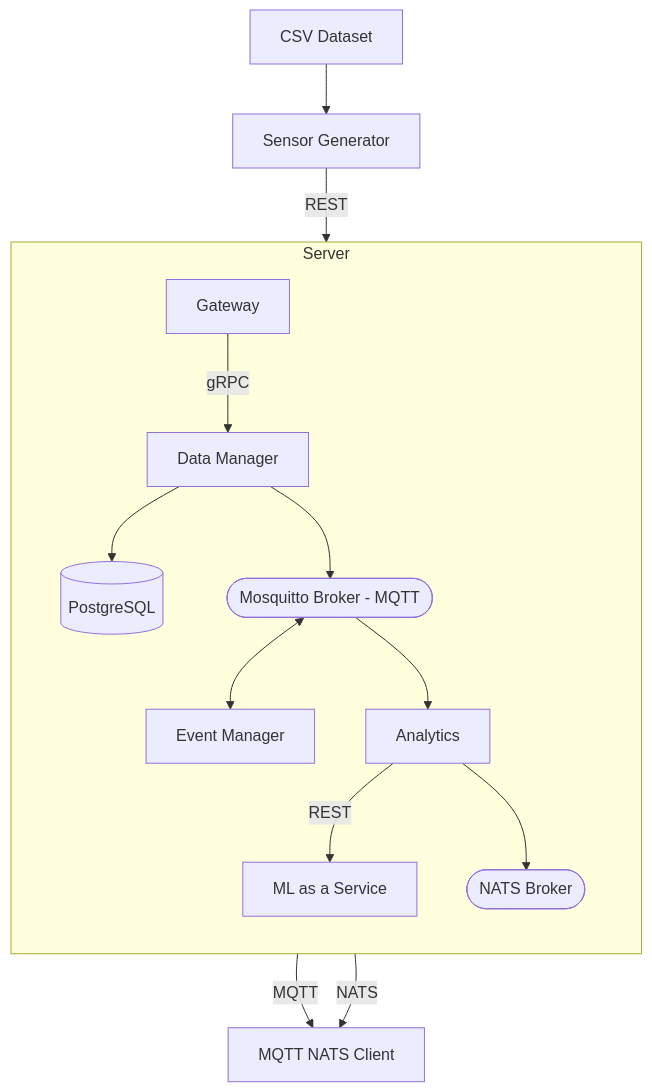
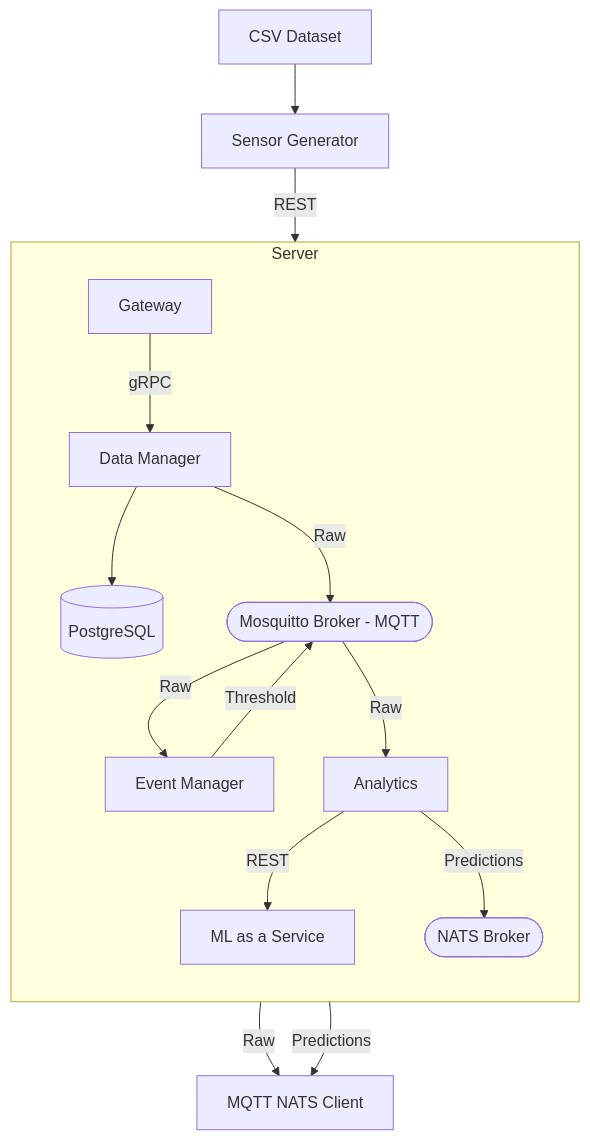
Before and after one commit to CJovan02/iots: the diagram in README.md, drawn with Mermaid. The commit also changed other lines of this file, not shown here.

````diff
--- a/README.md
+++ b/README.md
@@ -55,33 +55,34 @@
 ```mermaid
 graph TB
 
     subgraph SERVER[Server]
       direction TB
 
       GW[Gateway]
       DM[Data Manager]
       DB[(PostgreSQL)]
       MQTTBR([Mosquitto Broker - MQTT])
       EM[Event Manager]
       AN[Analytics]
       MLAAS[ML as a Service]
       NATSBR([NATS Broker])
 
       GW -->|gRPC| DM
       DM --> DB
-      DM --> MQTTBR
-      MQTTBR <--> EM
-      MQTTBR --> AN
+      DM -->|Raw| MQTTBR
+      MQTTBR -->|Raw| EM
+      EM --> |Threshold| MQTTBR
+      MQTTBR -->|Raw| AN
       AN -->|REST| MLAAS
-      AN --> NATSBR
+      AN -->|Predictions| NATSBR
     end
 
     CLIENT[MQTT NATS Client]
     SG[Sensor Generator]
     CSV[CSV Dataset]
 
-    MQTTBR -->|MQTT| CLIENT
+    MQTTBR -->|Raw| CLIENT
     SG -->|REST| GW
     CSV --> SG
-    NATSBR --> |NATS| CLIENT
+    NATSBR --> |Predictions| CLIENT
 ```
````
